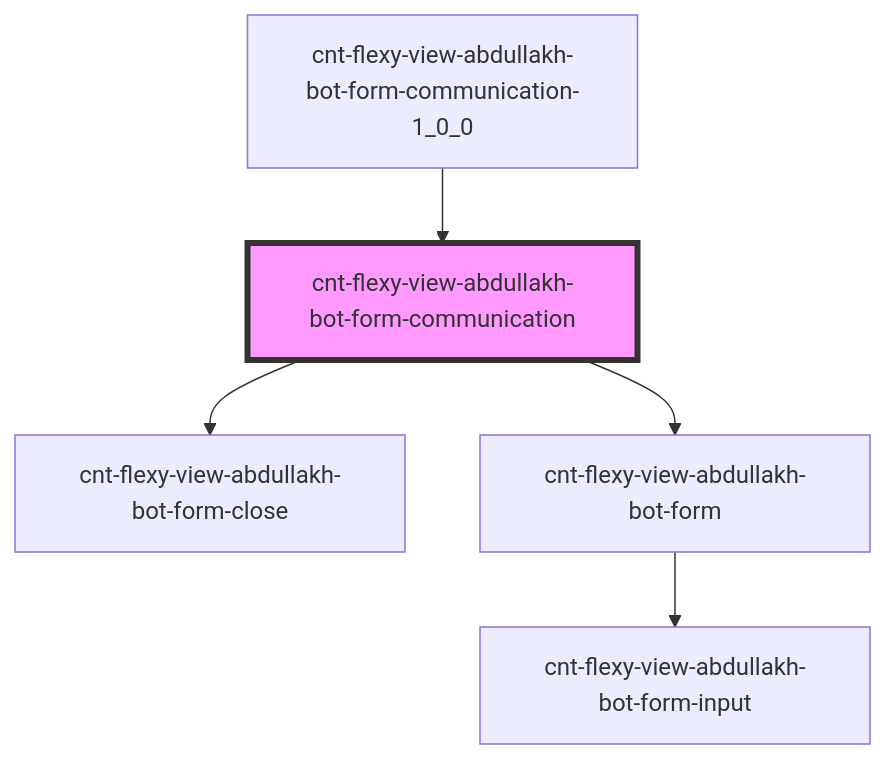
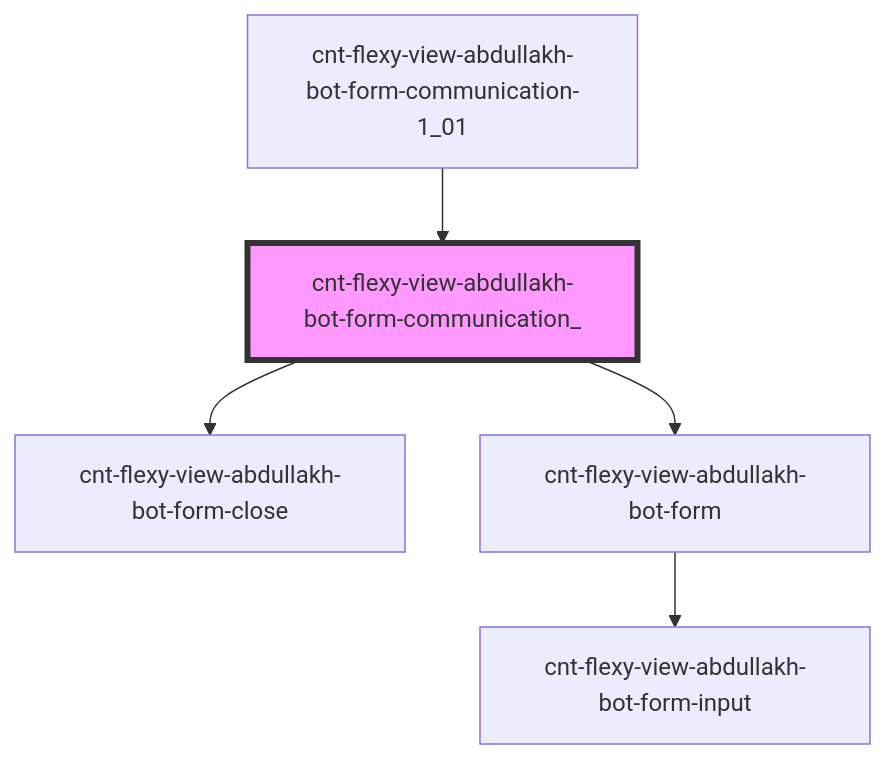
The diagram in src/components/cnt-flexy-view-abdullakh-bot-form-communication/res/view/cnt-flexy-view-abdullakh-bot-form-communication/readme.md (Wokh-Dada/botdevelopmentapp), drawn with Mermaid before and after one commit. The commit also changed other lines of this file and 34 other files, not shown here.

````diff
--- a/src/components/cnt-flexy-view-abdullakh-bot-form-communication/res/view/cnt-flexy-view-abdullakh-bot-form-communication/readme.md
+++ b/src/components/cnt-flexy-view-abdullakh-bot-form-communication/res/view/cnt-flexy-view-abdullakh-bot-form-communication/readme.md
@@ -34,8 +34,8 @@
 ```mermaid
 graph TD;
-  cnt-flexy-view-abdullakh-bot-form-communication --> cnt-flexy-view-abdullakh-bot-form-close
-  cnt-flexy-view-abdullakh-bot-form-communication --> cnt-flexy-view-abdullakh-bot-form
+  cnt-flexy-view-abdullakh-bot-form-communication_ --> cnt-flexy-view-abdullakh-bot-form-close
+  cnt-flexy-view-abdullakh-bot-form-communication_ --> cnt-flexy-view-abdullakh-bot-form
   cnt-flexy-view-abdullakh-bot-form --> cnt-flexy-view-abdullakh-bot-form-input
-  cnt-flexy-view-abdullakh-bot-form-communication-1_0_0 --> cnt-flexy-view-abdullakh-bot-form-communication
-  style cnt-flexy-view-abdullakh-bot-form-communication fill:#f9f,stroke:#333,stroke-width:4px
+  cnt-flexy-view-abdullakh-bot-form-communication-1_01 --> cnt-flexy-view-abdullakh-bot-form-communication_
+  style cnt-flexy-view-abdullakh-bot-form-communication_ fill:#f9f,stroke:#333,stroke-width:4px
 ```
````
